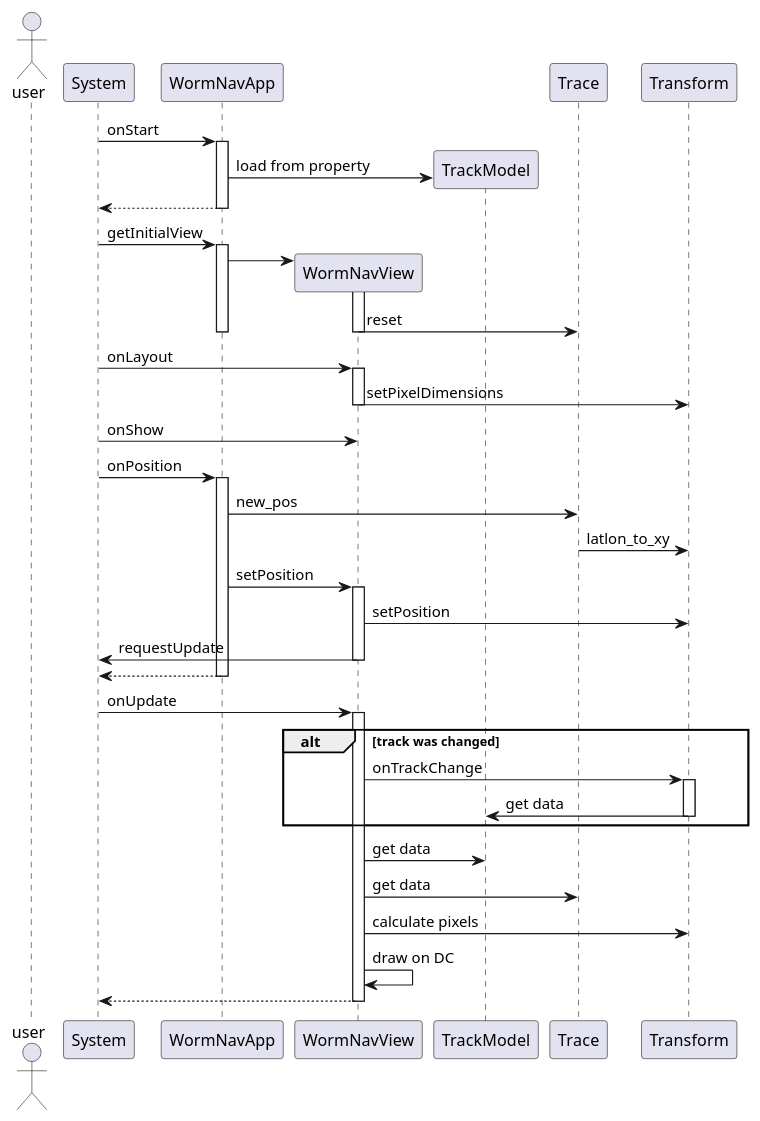
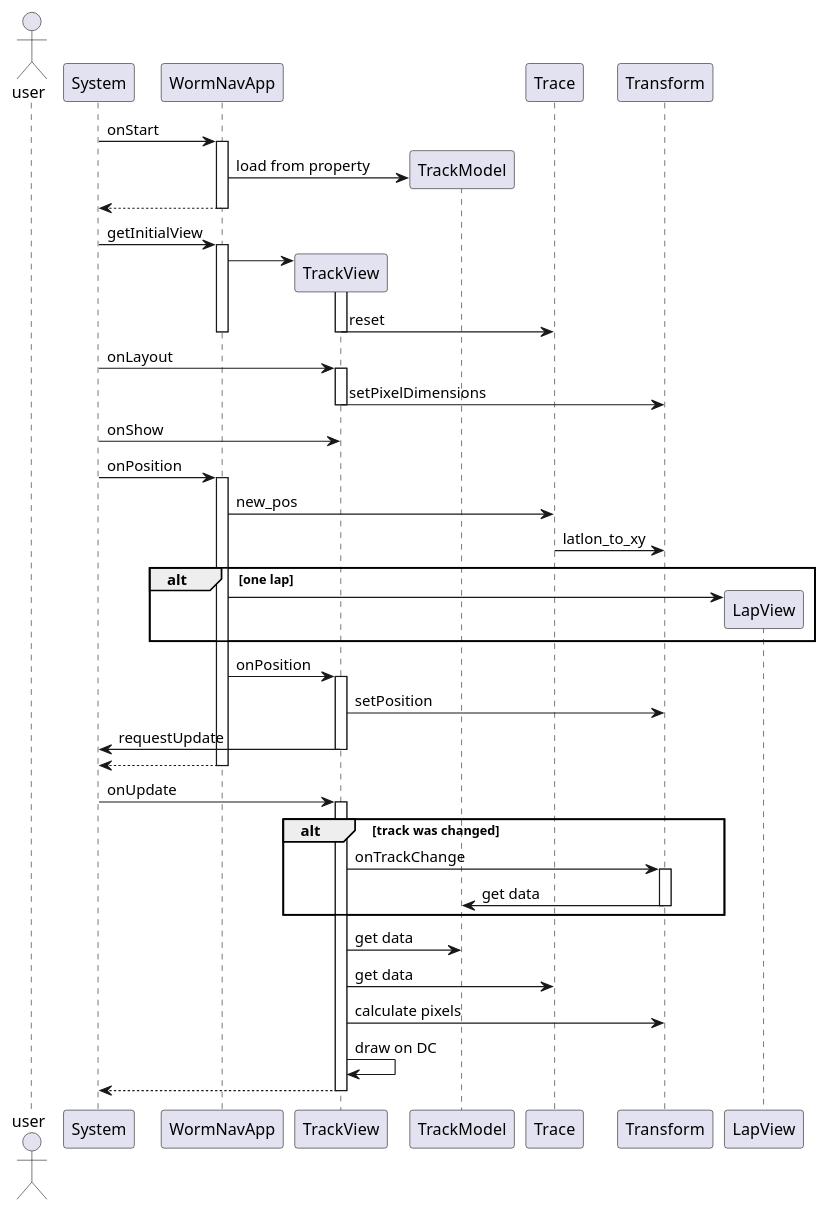
One commit to aleung/wormnav changed the diagram in connectiq/doc/seq_diagram.puml. Above: the diagram before and after it, drawn with PlantUML. The commit also changed 18 other files, not shown here.

```diff
--- a/connectiq/doc/seq_diagram.puml
+++ b/connectiq/doc/seq_diagram.puml
@@ -1,56 +1,60 @@
 @startuml
 ' autoactivate on
 
 actor user
 
 System -> WormNavApp : onStart
-participant WormNavView
+participant TrackView
 activate WormNavApp
   create TrackModel
   WormNavApp -> TrackModel : load from property
 return
 
 System -> WormNavApp : getInitialView
 activate WormNavApp
-  create WormNavView
-  WormNavApp -> WormNavView
-  activate WormNavView
-    WormNavView -> Trace : reset
-  deactivate WormNavView
+  create TrackView
+  WormNavApp -> TrackView
+  activate TrackView
+    TrackView -> Trace : reset
+  deactivate TrackView
 deactivate WormNavApp
 
-System -> WormNavView : onLayout
-activate WormNavView
-  WormNavView -> Transform : setPixelDimensions
-deactivate WormNavView
+System -> TrackView : onLayout
+activate TrackView
+  TrackView -> Transform : setPixelDimensions
+deactivate TrackView
 
-System -> WormNavView : onShow
+System -> TrackView : onShow
 
 System -> WormNavApp : onPosition
 activate WormNavApp
   WormNavApp -> Trace : new_pos
   Trace -> Transform : latlon_to_xy
-  WormNavApp -> WormNavView : setPosition
-  activate WormNavView
-    WormNavView -> Transform : setPosition
-    WormNavView -> System : requestUpdate
-  deactivate WormNavView
+  alt one lap
+    create LapView
+    WormNavApp -> LapView
+  end
+  WormNavApp -> TrackView : onPosition
+  activate TrackView
+    TrackView -> Transform : setPosition
+    TrackView -> System : requestUpdate
+  deactivate TrackView
 return
 
-System -> WormNavView : onUpdate
-activate WormNavView
+System -> TrackView : onUpdate
+activate TrackView
   alt track was changed
-    WormNavView -> Transform : onTrackChange
+    TrackView -> Transform : onTrackChange
     activate Transform
       Transform -> TrackModel : get data
     deactivate Transform
   end
-  WormNavView -> TrackModel : get data
-  WormNavView -> Trace : get data
-  WormNavView -> Transform : calculate pixels
-  WormNavView -> WormNavView : draw on DC
+  TrackView -> TrackModel : get data
+  TrackView -> Trace : get data
+  TrackView -> Transform : calculate pixels
+  TrackView -> TrackView : draw on DC
 return
 
 
 
 @enduml
```
